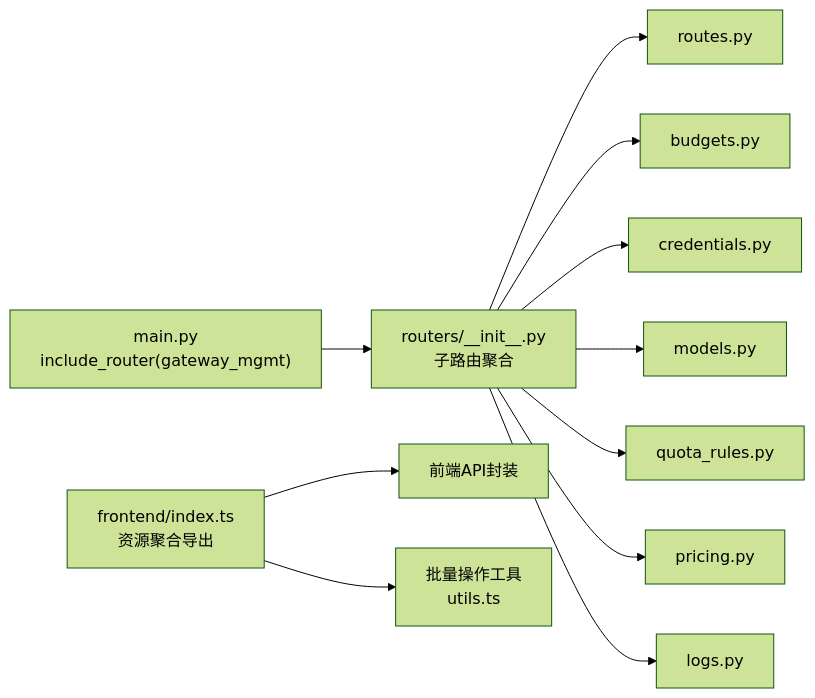
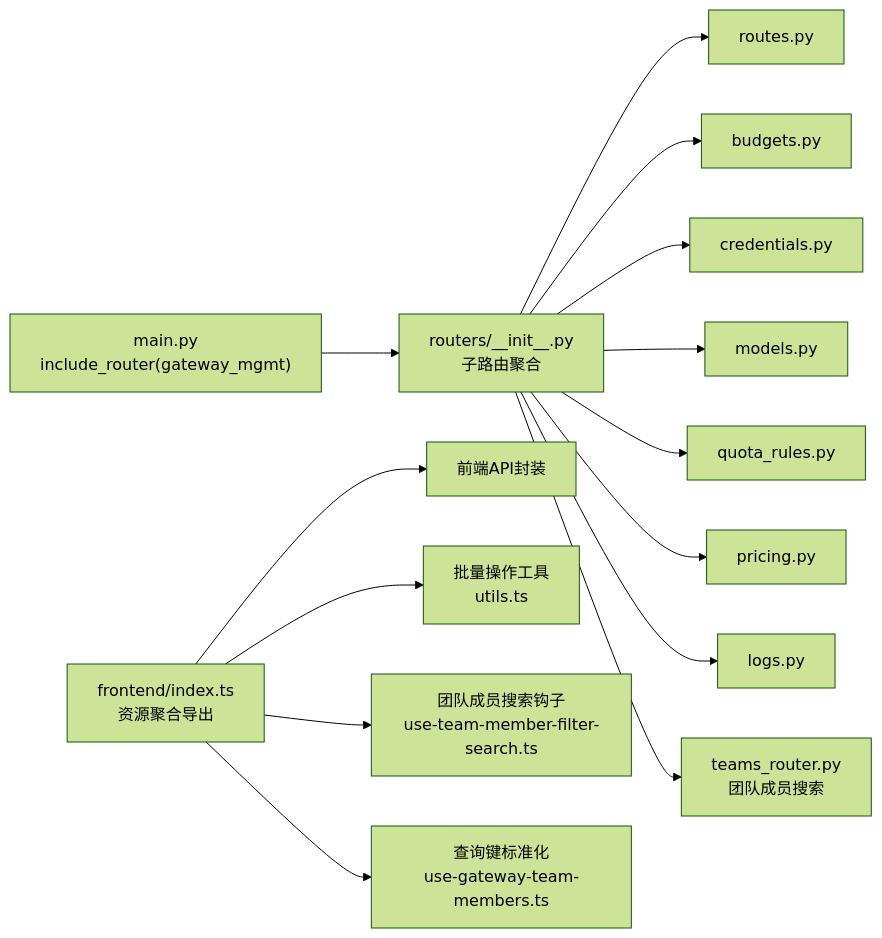
Before and after one commit to tianyehedashu/ai-agent: diagram 14 of 15 in .qoder/repowiki/zh/content/API参考文档/REST API规范/网关API.md, drawn with Mermaid (forest theme). The commit also changed other lines of this file and 50 other files, not shown here.

````diff
--- a/.qoder/repowiki/zh/content/API参考文档/REST API规范/网关API.md
+++ b/.qoder/repowiki/zh/content/API参考文档/REST API规范/网关API.md
@@ -435,13 +570,16 @@
 ```mermaid
 graph LR
 MAIN["main.py<br/>include_router(gateway_mgmt)"] --> GWR["routers/__init__.py<br/>子路由聚合"]
 GWR --> R["routes.py"]
 GWR --> B["budgets.py"]
 GWR --> C["credentials.py"]
 GWR --> M["models.py"]
 GWR --> Q["quota_rules.py"]
 GWR --> P["pricing.py"]
 GWR --> L["logs.py"]
+GWR --> T["teams_router.py<br/>团队成员搜索"]
 FEI["frontend/index.ts<br/>资源聚合导出"] --> FEAPI["前端API封装"]
 FEI --> BATCH["批量操作工具<br/>utils.ts"]
+FEI --> MEMBERFILTER["团队成员搜索钩子<br/>use-team-member-filter-search.ts"]
+FEI --> QUERYKEY["查询键标准化<br/>use-gateway-team-members.ts"]
 ```
````
